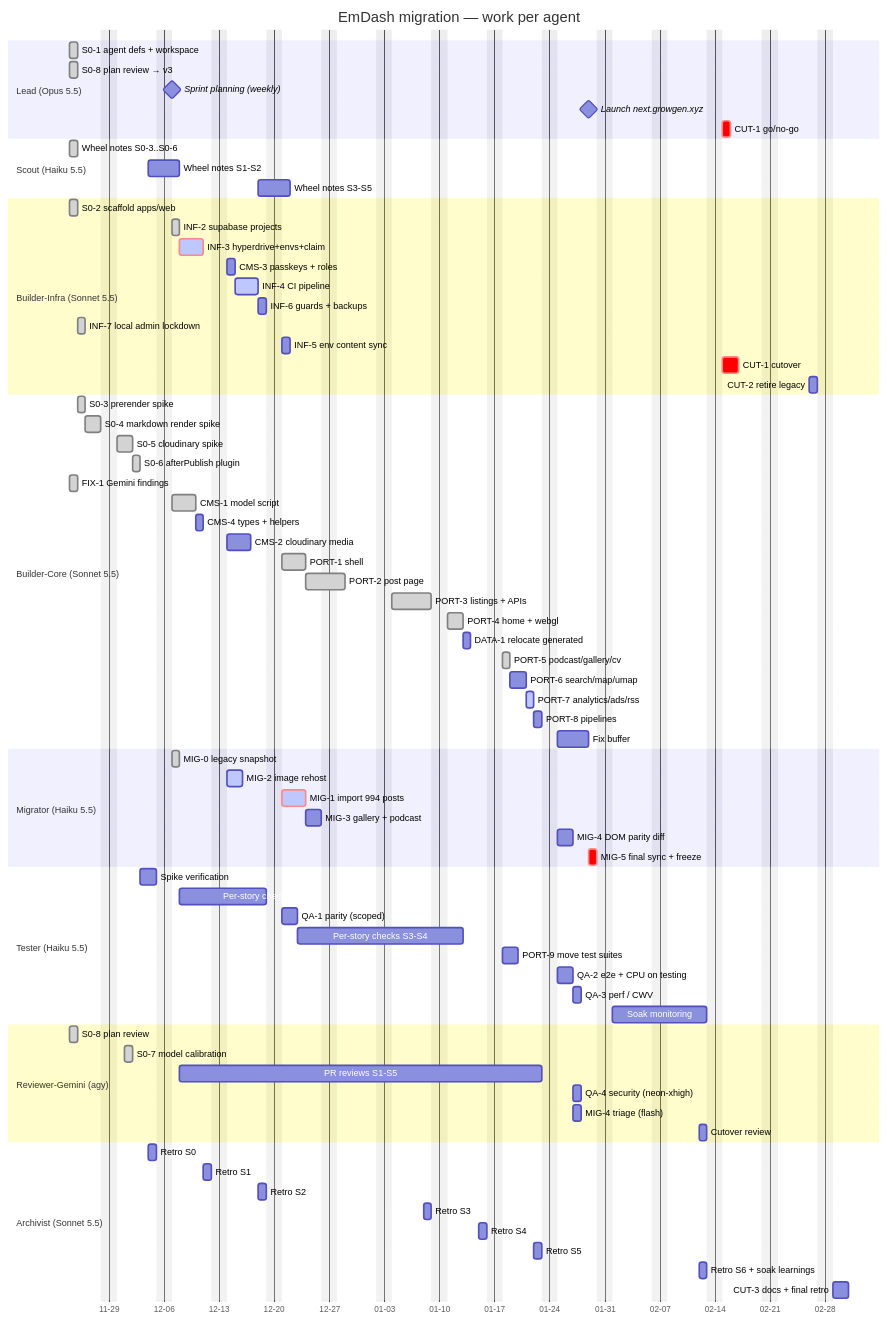
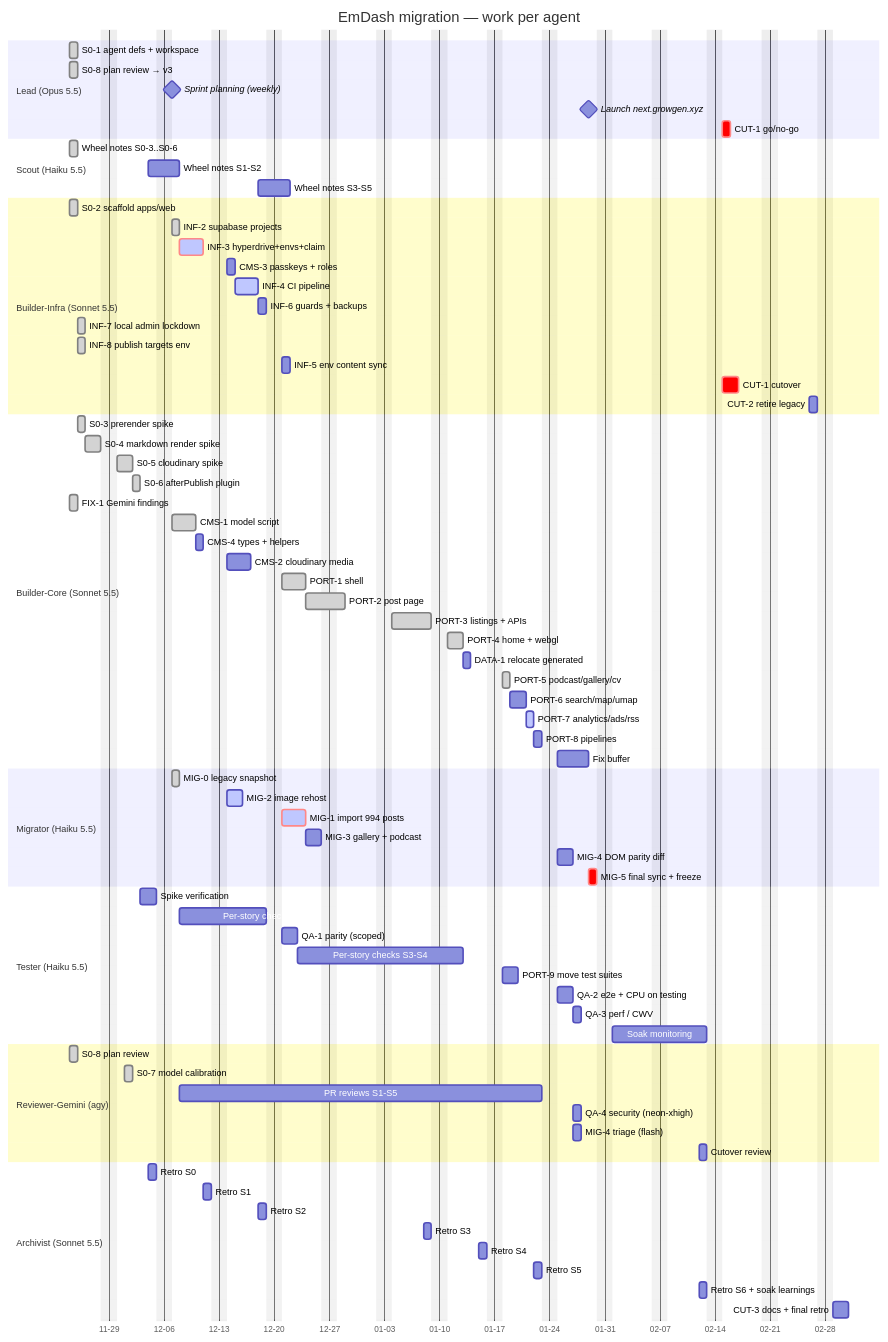
The second of 2 diagrams in docs/plan/emdash-migration-plan.md (gongbaodd/blog.gongbushang.com), drawn with Mermaid before and after one commit. The commit also changed other lines of this file and 5 other files, not shown here.

First line of the commit message:
feat(infra): publish rebuild targets the right environment (INF-8)

```diff
--- a/docs/plan/emdash-migration-plan.md
+++ b/docs/plan/emdash-migration-plan.md
@@ -297,6 +297,7 @@
   INF-4 CI pipeline           :active, bi5, after bi4, 3d
   INF-6 guards + backups      :bi6, after bi5, 1d
   INF-7 local admin lockdown  :done, bi10, 2026-11-25, 1d
+  INF-8 publish targets env   :done, bi11, 2026-11-25, 1d
   INF-5 env content sync      :bi7, 2026-12-21, 1d
   CUT-1 cutover               :crit, bi8, 2027-02-15, 2d
   CUT-2 retire legacy         :bi9, 2027-02-26, 1d
```
